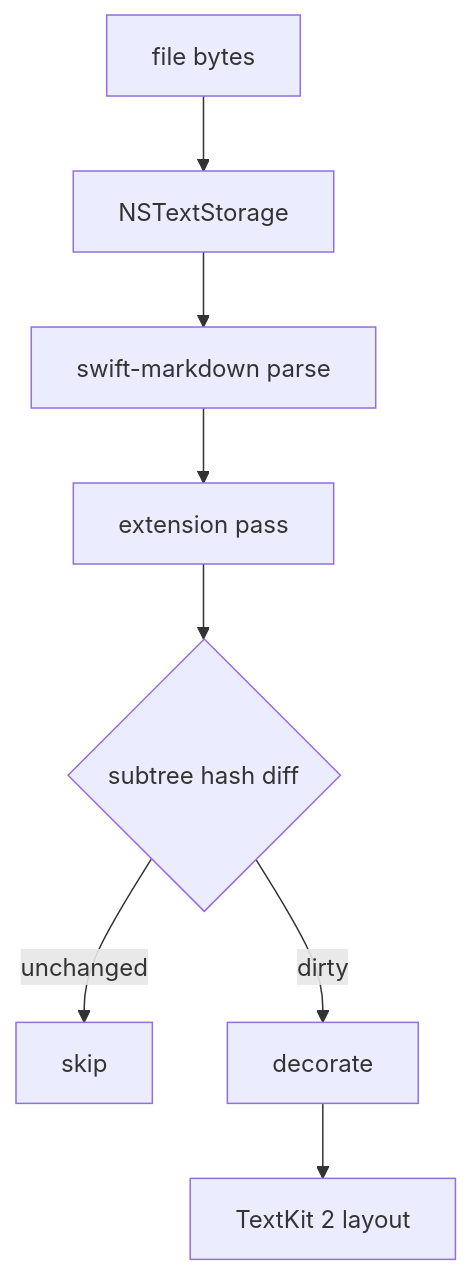
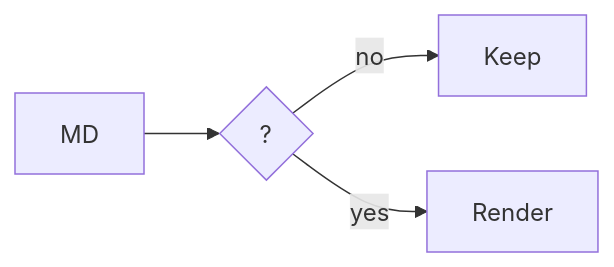
Before and after one commit to ezzy1630/Downright: the diagram in Docs/sample.md, drawn with Mermaid. The commit also changed other lines of this file and 4 other files, not shown here.

````diff
--- a/Docs/sample.md
+++ b/Docs/sample.md
@@ -131,10 +35,6 @@
 ```mermaid
-flowchart TD
-    A[file bytes] --> B[NSTextStorage]
-    B --> C[swift-markdown parse]
-    C --> D[extension pass]
-    D --> E{subtree hash diff}
-    E -->|unchanged| F[skip]
-    E -->|dirty| G[decorate]
-    G --> H[TextKit 2 layout]
+flowchart LR
+    A[MD] --> B{?}
+    B -->|no| C[Keep]
+    B -->|yes| D[Render]
 ```
````
